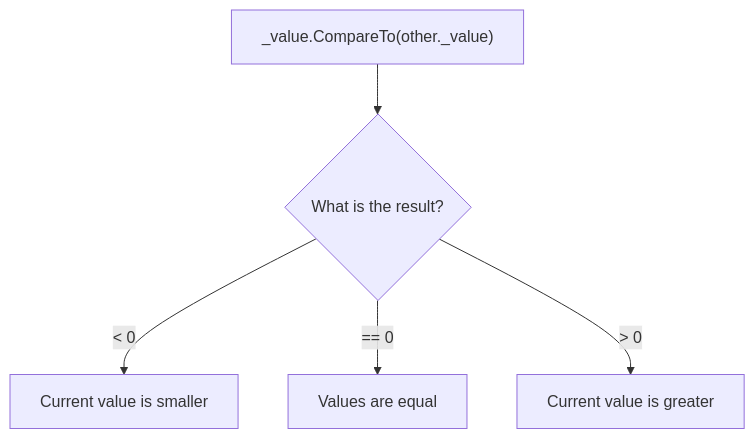
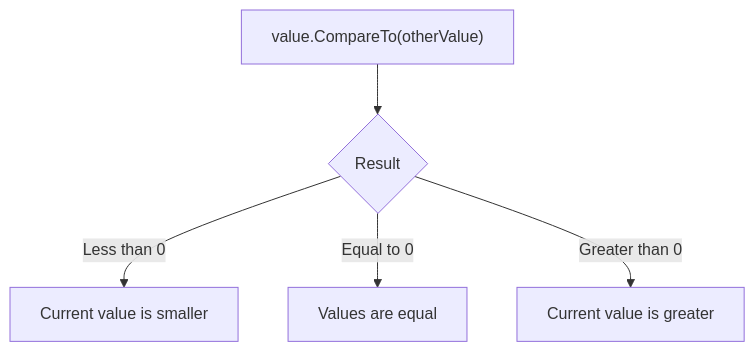
One commit to emil720a1/GenericComparable-By-Richter-book changed the third of 3 diagrams in README.md. Above: the diagram before and after it, drawn with Mermaid. The commit also changed other lines of this file, not shown here.

````diff
--- a/README.md
+++ b/README.md
@@ -156,8 +114,8 @@
 ```mermaid
 flowchart TD
-    A["_value.CompareTo(other._value)"] --> B{"What is the result?"}
+    A["value.CompareTo(otherValue)"] --> B{"Result"}
 
-    B -->|"< 0"| C["Current value is smaller"]
-    B -->|"== 0"| D["Values are equal"]
-    B -->|"> 0"| E["Current value is greater"]
+    B -->|"Less than 0"| C["Current value is smaller"]
+    B -->|"Equal to 0"| D["Values are equal"]
+    B -->|"Greater than 0"| E["Current value is greater"]
 ```
````
